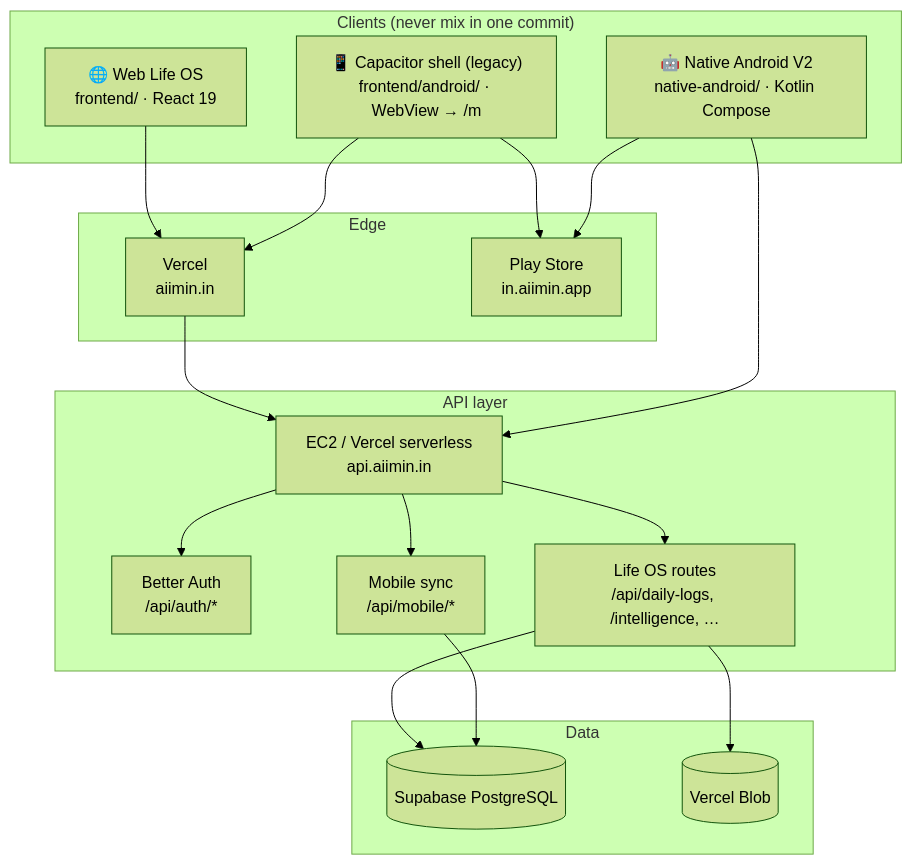
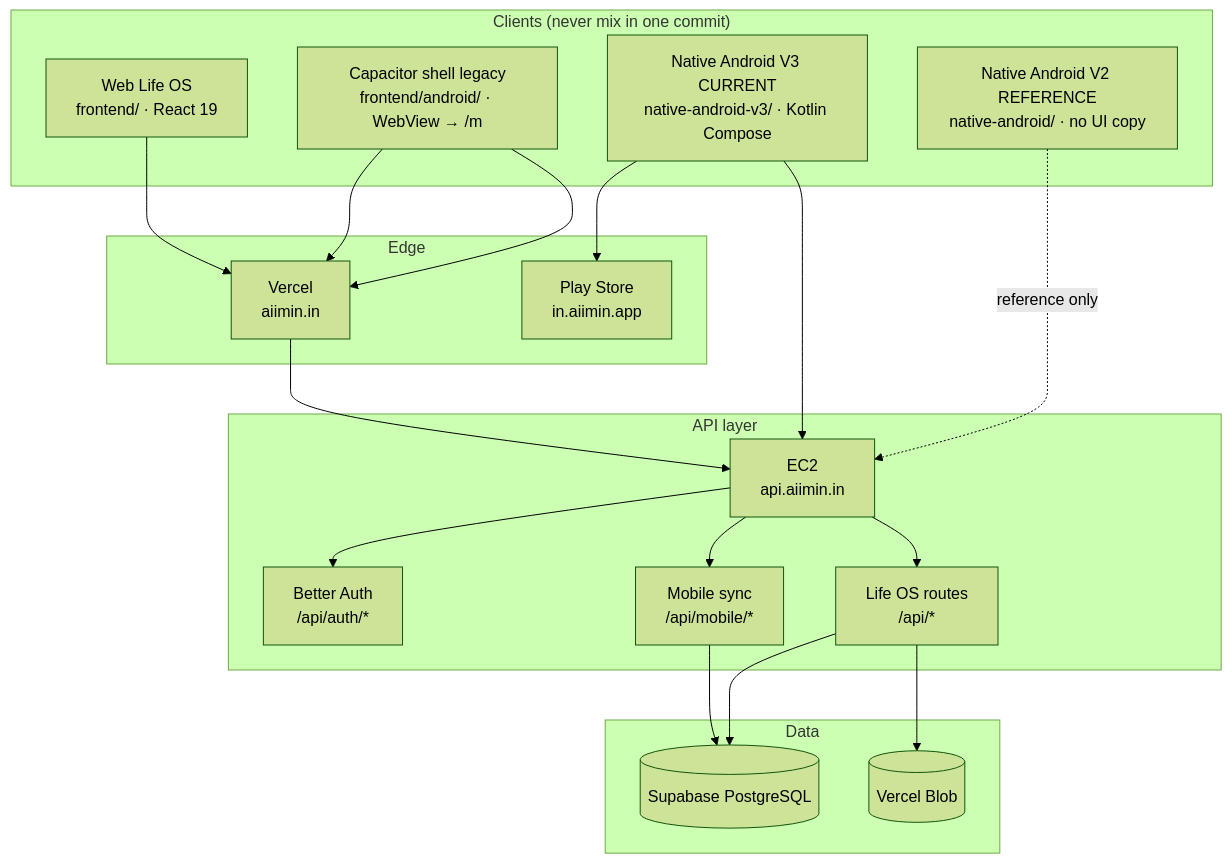
One commit to Addy48/AIIMIN changed the first of 3 diagrams in docs/knowledge/02_ARCHITECTURE/Monorepo.md. Above: the diagram before and after it, drawn with Mermaid (forest theme). The commit also changed other lines of this file and 7178 other files, not shown here.

Commit message:
docs: update application architecture guide and route documentation

````diff
--- a/docs/knowledge/02_ARCHITECTURE/Monorepo.md
+++ b/docs/knowledge/02_ARCHITECTURE/Monorepo.md
@@ -12,38 +30,40 @@
 ```mermaid
 flowchart TB
   subgraph clients["Clients (never mix in one commit)"]
-    WEB["🌐 Web Life OS<br/>frontend/ · React 19"]
-    CAP["📱 Capacitor shell (legacy)<br/>frontend/android/ · WebView → /m"]
-    NAT["🤖 Native Android V2<br/>native-android/ · Kotlin Compose"]
+    WEB["Web Life OS<br/>frontend/ · React 19"]
+    CAP["Capacitor shell legacy<br/>frontend/android/ · WebView → /m"]
+    NAT3["Native Android V3 CURRENT<br/>native-android-v3/ · Kotlin Compose"]
+    NAT2["Native Android V2 REFERENCE<br/>native-android/ · no UI copy"]
   end
 
   subgraph edge["Edge"]
     Vercel["Vercel<br/>aiimin.in"]
     Play["Play Store<br/>in.aiimin.app"]
   end
 
   subgraph api["API layer"]
-    EC2["EC2 / Vercel serverless<br/>api.aiimin.in"]
+    EC2["EC2<br/>api.aiimin.in"]
     Auth["Better Auth<br/>/api/auth/*"]
     MobileAPI["Mobile sync<br/>/api/mobile/*"]
-    CoreAPI["Life OS routes<br/>/api/daily-logs, /intelligence, …"]
+    CoreAPI["Life OS routes<br/>/api/*"]
   end
 
   subgraph data["Data"]
     PG[(Supabase PostgreSQL)]
     Blob[(Vercel Blob)]
   end
 
   WEB --> Vercel
-  CAP --> Play
-  NAT --> Play
+  CAP --> Vercel
+  NAT3 --> Play
+  NAT3 --> EC2
+  NAT2 -.->|reference only| EC2
   Vercel --> EC2
-  NAT --> EC2
   CAP --> Vercel
   EC2 --> Auth
   EC2 --> MobileAPI
   EC2 --> CoreAPI
   CoreAPI --> PG
   MobileAPI --> PG
   CoreAPI --> Blob
 ```
````
